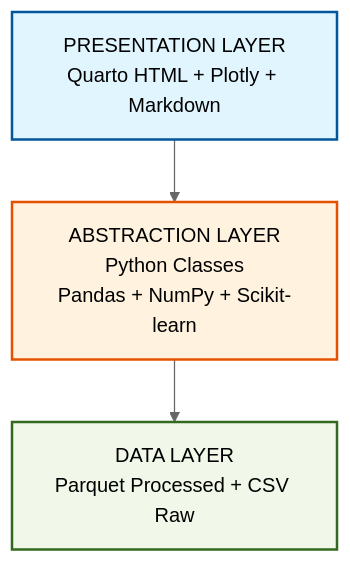
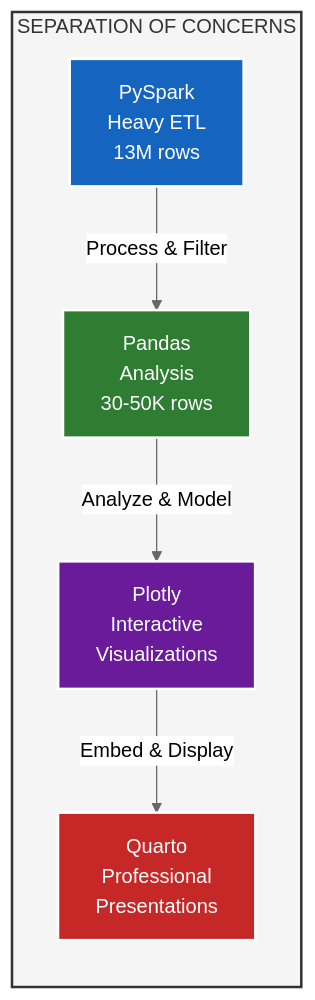
Before and after one commit to samarthya/ad688-scratch: the first of 11 diagrams in ARCHITECTURE.md, drawn with Mermaid (neutral theme). The commit also changed other lines of this file and 5 other files, not shown here.

````diff
--- a/ARCHITECTURE.md
+++ b/ARCHITECTURE.md
@@ -34,13 +27,19 @@
 ```mermaid
-graph TB
-    A[PRESENTATION LAYER<br/>Quarto HTML + Plotly + Markdown]
-    B[ABSTRACTION LAYER<br/>Python Classes<br/>Pandas + NumPy + Scikit-learn]
-    C[DATA LAYER<br/>Parquet Processed + CSV Raw]
+graph LR
+    subgraph PRINCIPLE["SEPARATION OF CONCERNS"]
+        PYSPARK["PySpark<br/>Heavy ETL<br/>13M rows"]
+        PANDAS["Pandas<br/>Analysis<br/>30-50K rows"]
+        PLOTLY["Plotly<br/>Interactive<br/>Visualizations"]
+        QUARTO["Quarto<br/>Professional<br/>Presentations"]
+    end
 
-    A --> B
-    B --> C
+    PYSPARK -->|"Process & Filter"| PANDAS
+    PANDAS -->|"Analyze & Model"| PLOTLY
+    PLOTLY -->|"Embed & Display"| QUARTO
 
-    style A fill:#e1f5ff,stroke:#01579b,stroke-width:2px
-    style B fill:#fff3e0,stroke:#e65100,stroke-width:2px
-    style C fill:#f1f8e9,stroke:#33691e,stroke-width:2px
+    style PRINCIPLE fill:#f5f5f5,stroke:#333,stroke-width:2px
+    style PYSPARK fill:#1565c0,stroke:#fff,color:#fff,stroke-width:2px
+    style PANDAS fill:#2e7d32,stroke:#fff,color:#fff,stroke-width:2px
+    style PLOTLY fill:#6a1b9a,stroke:#fff,color:#fff,stroke-width:2px
+    style QUARTO fill:#c62828,stroke:#fff,color:#fff,stroke-width:2px
 ```
````
